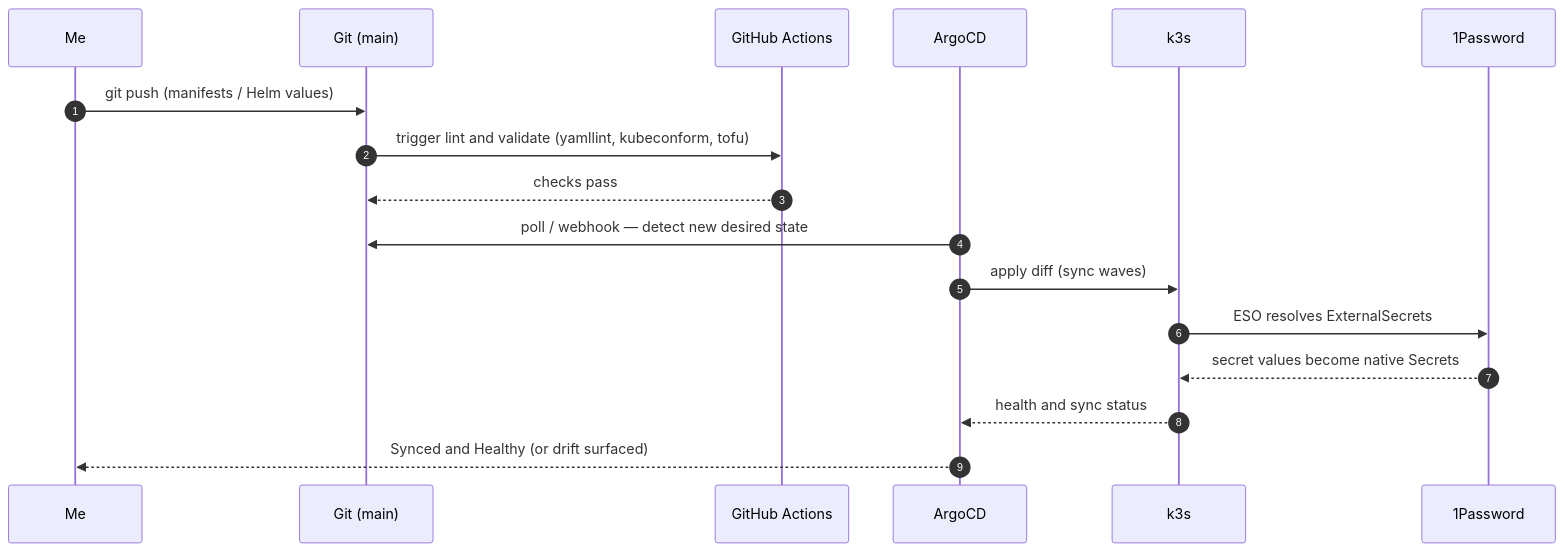
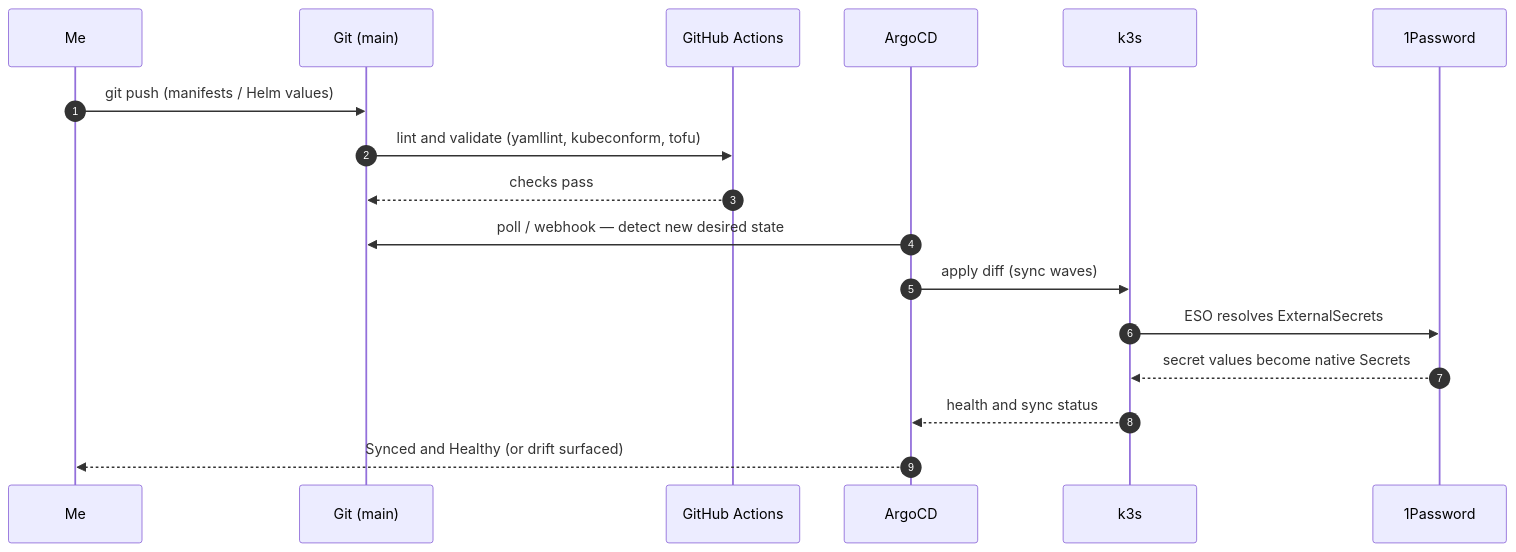
One commit to aalhabli/iac-kubernetes-homelab changed the second of 4 diagrams in README.md. Above: the diagram before and after it, drawn with Mermaid. The commit also changed other lines of this file and 1 other file, not shown here.

First line of the commit message:
docs: apply audit fixes to README and roadmap

````diff
--- a/README.md
+++ b/README.md
@@ -135,20 +103,20 @@
 ```mermaid
 sequenceDiagram
     autonumber
     participant Me as Me
     participant Git as Git (main)
     participant CI as GitHub Actions
     participant Argo as ArgoCD
     participant K8s as k3s
     participant OP as 1Password
 
     Me->>Git: git push (manifests / Helm values)
-    Git->>CI: trigger lint and validate (yamllint, kubeconform, tofu)
+    Git->>CI: lint and validate (yamllint, kubeconform, tofu)
     CI-->>Git: checks pass
     Argo->>Git: poll / webhook — detect new desired state
     Argo->>K8s: apply diff (sync waves)
     K8s->>OP: ESO resolves ExternalSecrets
     OP-->>K8s: secret values become native Secrets
     K8s-->>Argo: health and sync status
     Argo-->>Me: Synced and Healthy (or drift surfaced)
 ```
````
